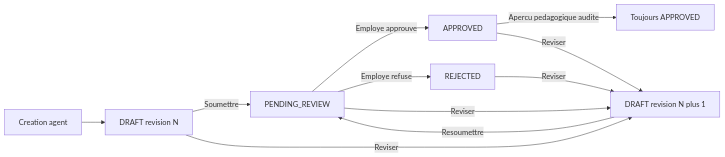
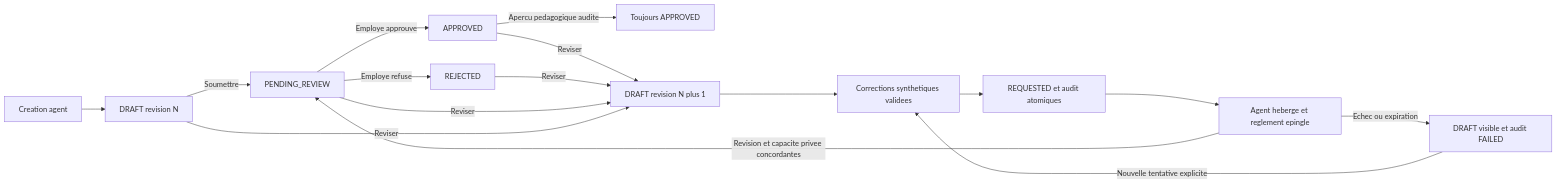
The fourth of 7 diagrams in docs/fr/architecture.md (devopsabcs-engineering/foundry-hosted-agents-fsi), drawn with Mermaid before and after one commit. The commit also changed other lines of this file and 38 other files, not shown here.

````diff
--- a/docs/fr/architecture.md
+++ b/docs/fr/architecture.md
@@ -165,13 +174,18 @@
 ```mermaid
 flowchart LR
     JAgent["Creation agent"] --> JDraft["DRAFT revision N"]
     JDraft -->|"Soumettre"| JPending["PENDING_REVIEW"]
     JPending -->|"Employe approuve"| JApproved["APPROVED"]
     JPending -->|"Employe refuse"| JRejected["REJECTED"]
     JApproved -->|"Apercu pedagogique audite"| JPreview["Toujours APPROVED"]
     JApproved -->|"Reviser"| JRevised["DRAFT revision N plus 1"]
     JRejected -->|"Reviser"| JRevised
     JPending -->|"Reviser"| JRevised
     JDraft -->|"Reviser"| JRevised
-    JRevised -->|"Resoumettre"| JPending
+    JRevised --> JCorrect["Corrections synthetiques validees"]
+    JCorrect --> JRequest["REQUESTED et audit atomiques"]
+    JRequest --> JHost["Agent heberge et reglement epingle"]
+    JHost -->|"Revision et capacite privee concordantes"| JPending
+    JHost -->|"Echec ou expiration"| JFailed["DRAFT visible et audit FAILED"]
+    JFailed -->|"Nouvelle tentative explicite"| JCorrect
 ```
````
